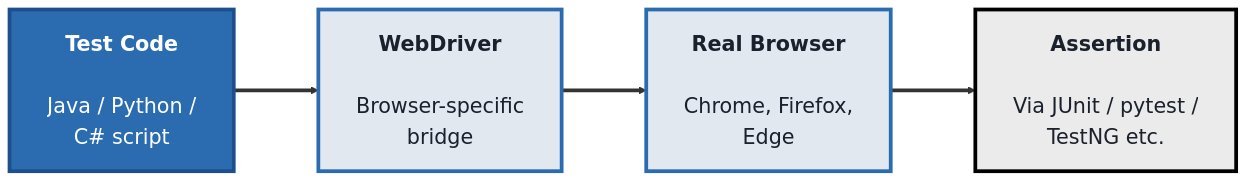
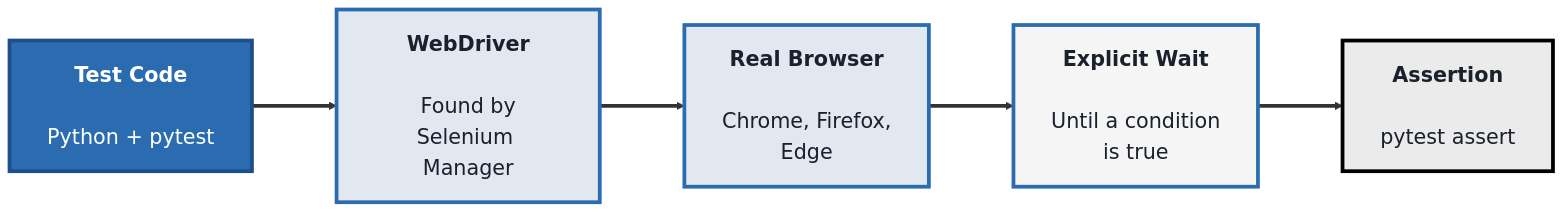
One commit to SHEMODELTECH/shemodeltech changed the first of 3 diagrams in src/Pages/courses/TechQA/module-3-automation-testing.md. Above: the diagram before and after it, drawn with Mermaid. The commit also changed other lines of this file and 7 other files, not shown here.

````diff
--- a/src/Pages/courses/TechQA/module-3-automation-testing.md
+++ b/src/Pages/courses/TechQA/module-3-automation-testing.md
@@ -29,17 +42,19 @@
 ```mermaid
 %%{init: {'theme':'base', 'themeVariables': {'fontSize':'22px', 'primaryTextColor':'#1a202c', 'primaryBorderColor':'#1e4e8c', 'lineColor':'#333333'}, 'flowchart': {'nodeSpacing': 70, 'rankSpacing': 90, 'padding': 20}}}%%
 flowchart LR
-    TC["<b>Test Code</b><br/><br/>Java / Python /<br/>C# script"]
-    WD["<b>WebDriver</b><br/><br/>Browser-specific<br/>bridge"]
+    TC["<b>Test Code</b><br/><br/>Python + pytest"]
+    WD["<b>WebDriver</b><br/><br/>Found by<br/>Selenium Manager"]
     BR["<b>Real Browser</b><br/><br/>Chrome, Firefox,<br/>Edge"]
-    A["<b>Assertion</b><br/><br/>Via JUnit / pytest /<br/>TestNG etc."]
+    W["<b>Explicit Wait</b><br/><br/>Until a condition<br/>is true"]
+    A["<b>Assertion</b><br/><br/>pytest assert"]
 
     TC ==> WD ==> BR
-    BR ==> A
+    BR ==> W ==> A
 
     style TC fill:#2b6cb0,color:#fff,stroke:#1e4e8c,stroke-width:4px
     style WD fill:#e2e8f0,color:#1a202c,stroke:#2b6cb0,stroke-width:4px
     style BR fill:#e2e8f0,color:#1a202c,stroke:#2b6cb0,stroke-width:4px
+    style W fill:#F5F5F5,color:#1a202c,stroke:#2b6cb0,stroke-width:4px
     style A fill:#EBEBEB,color:#1a202c,stroke:#000000,stroke-width:4px
     linkStyle default stroke-width:4px,stroke:#333333
 ```
````
